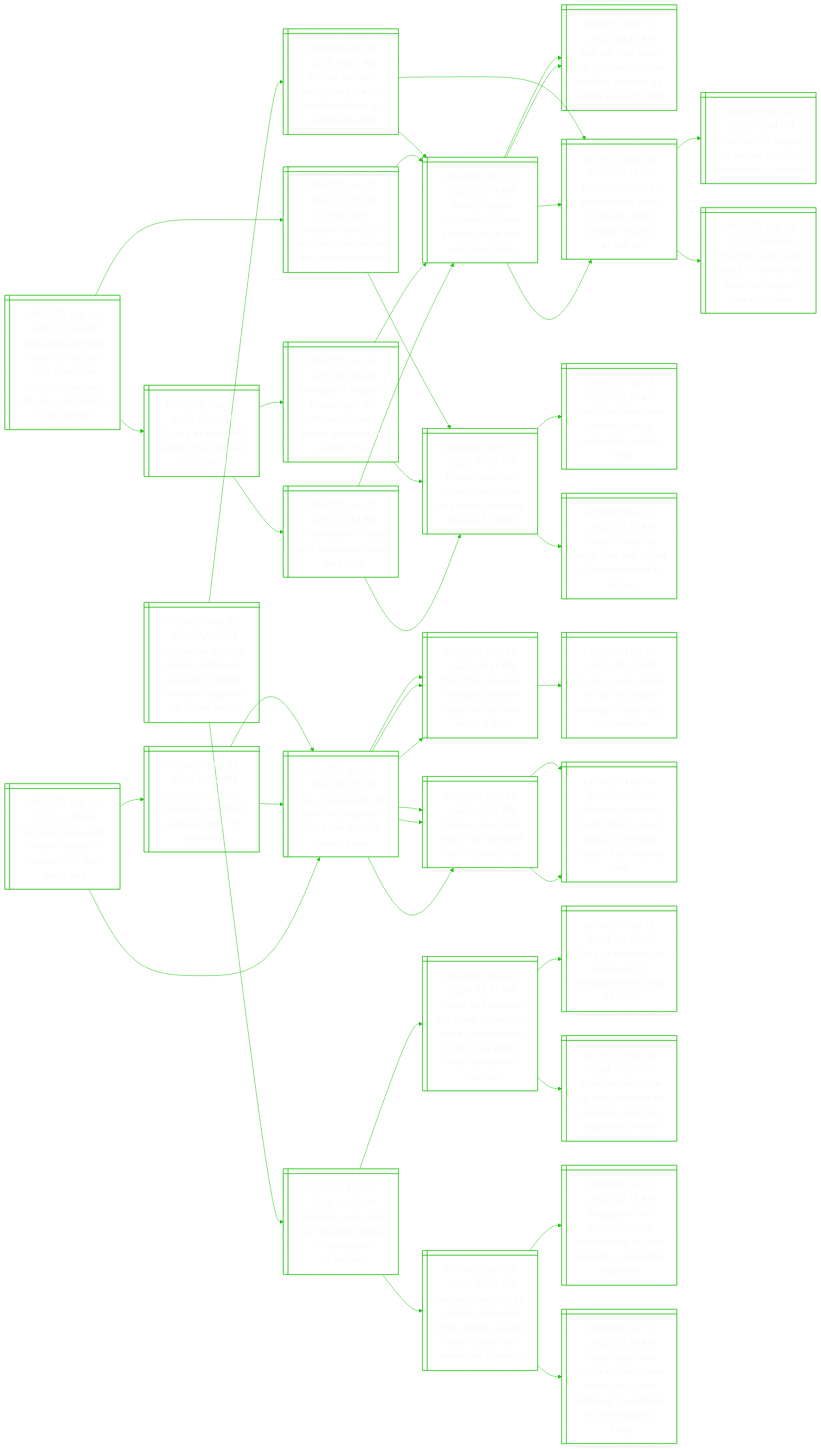
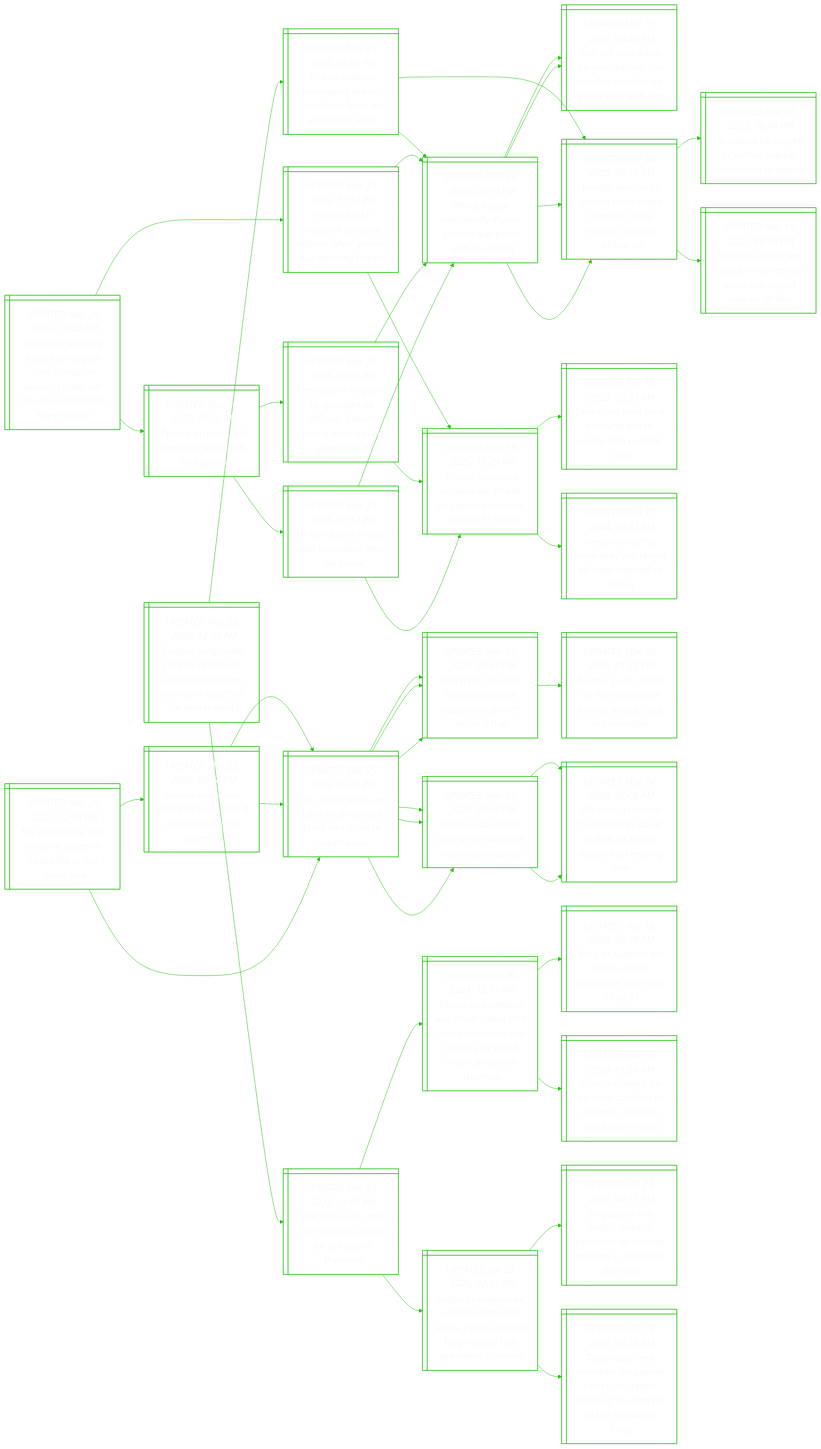
One commit to notJmes/notJmes changed the diagram in README.md. Above: the diagram before and after it, drawn with Mermaid. The commit also changed other lines of this file, not shown here.

```diff
--- a/README.md
+++ b/README.md
@@ -16,7 +16,7 @@
 flowchart LR
 classDef txtsize font-size:20px;
 
-RtoatoauetWhcyctp@{ shape: win-pane, label: "_UPDATED Mar 26, 2025, 11:36 AM_
+RtoatoauetWhcyctp@{ shape: win-pane, label: "_UPDATED Mar 26, 2025, 12:42 PM_
 Reporter wrongly added to us govt chat group on yemen strike: will this security breach hurt trump?" }
 TbeYcrai@{ shape: win-pane, label: "_UPDATED Mar 26, 2025, 09:59 AM_
 Trump brushes off yemen chat breach as a ‘glitch’" }
```
